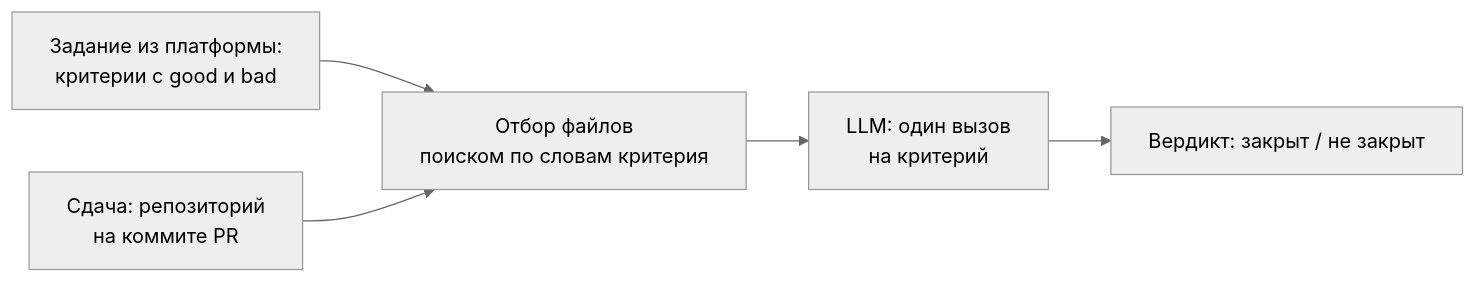
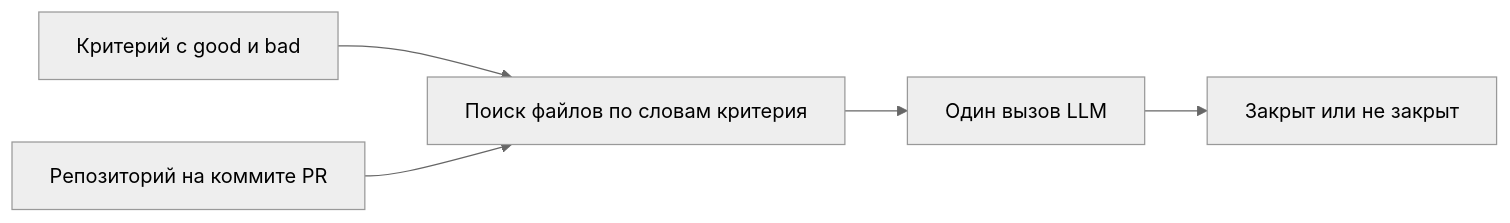
Before and after one commit to ChS23/mlsd-judge: the third of 5 diagrams in docs/ml_system_design_doc.md, drawn with Mermaid (neutral theme). The commit also changed other lines of this file and 5 other files, not shown here.

````diff
--- a/docs/ml_system_design_doc.md
+++ b/docs/ml_system_design_doc.md
@@ -407,8 +306,8 @@
 ```mermaid
-%%{init: {"flowchart": {"wrappingWidth": 360}}}%%
+%%{init: {"flowchart": {"wrappingWidth": 300}}}%%
 flowchart LR
-    T[Задание из платформы:<br/>критерии с good и bad] --> R
-    PR[Сдача: репозиторий<br/>на коммите PR] --> R[Отбор файлов<br/>поиском по словам критерия]
-    R --> L[LLM: один вызов<br/>на критерий]
-    L --> V[Вердикт: закрыт / не закрыт]
+    T[Критерий с good и bad] --> R[Поиск файлов по словам критерия]
+    PR[Репозиторий на коммите PR] --> R
+    R --> L[Один вызов LLM]
+    L --> V[Закрыт или не закрыт]
 ```
````
